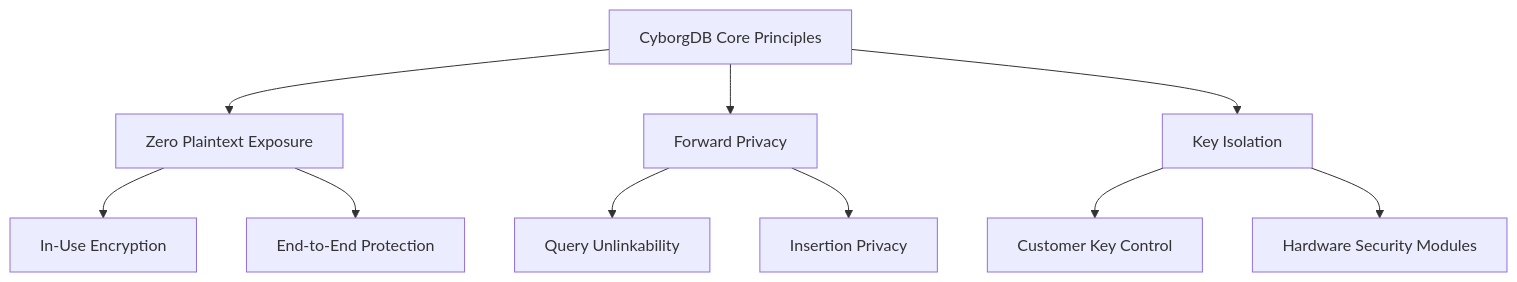
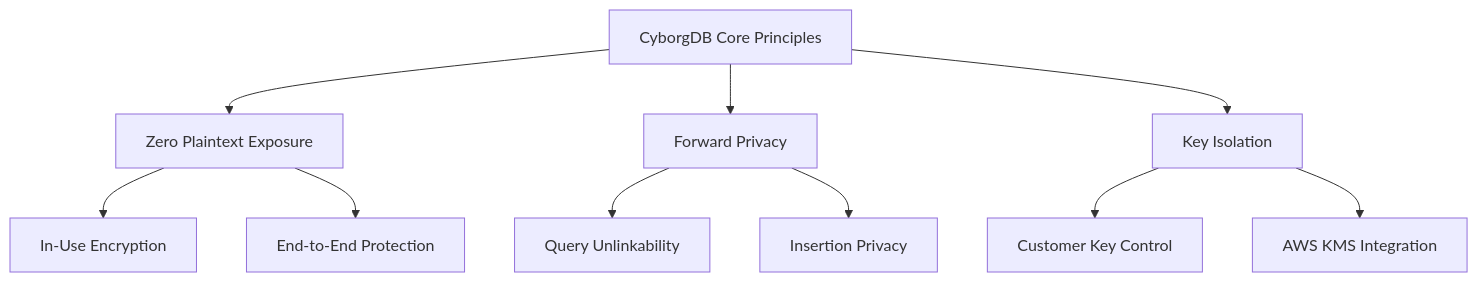
The second of 2 diagrams in versions/latest/intro/security-overview.mdx (cyborginc/cyborgdb-docs), drawn with Mermaid before and after one commit. The commit also changed other lines of this file and 509 other files, not shown here.

````diff
--- a/versions/latest/intro/security-overview.mdx
+++ b/versions/latest/intro/security-overview.mdx
@@ -79,15 +79,15 @@
 ```mermaid
 graph TD
     A[CyborgDB Core Principles] --> B[Zero Plaintext Exposure]
     A --> C[Forward Privacy]
     A --> D[Key Isolation]
     
     B --> F[In-Use Encryption]
     B --> G[End-to-End Protection]
     
     C --> H[Query Unlinkability]
     C --> I[Insertion Privacy]
     
     D --> J[Customer Key Control]
-    D --> K[Hardware Security Modules]
+    D --> K[AWS KMS Integration]
 ```
````
